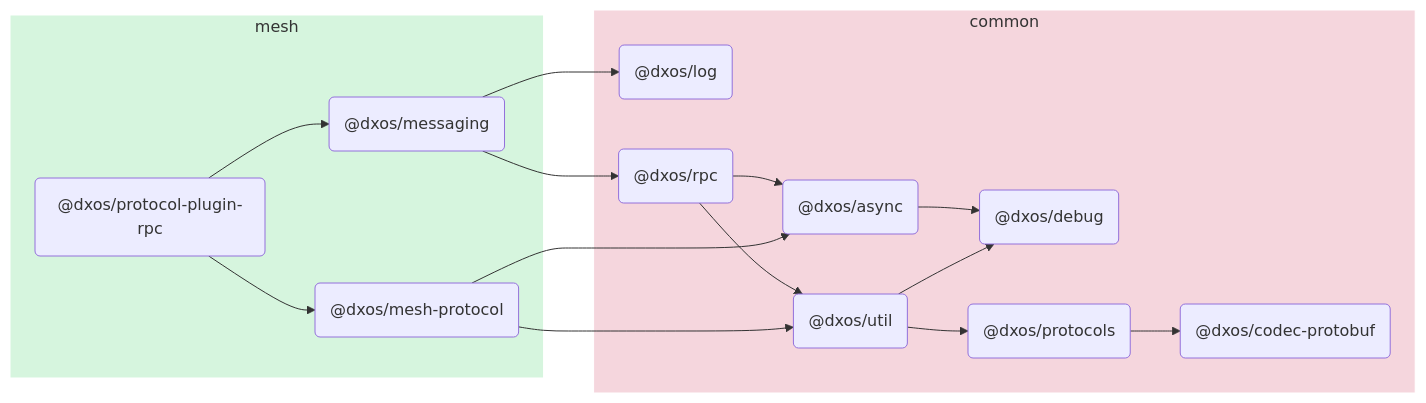
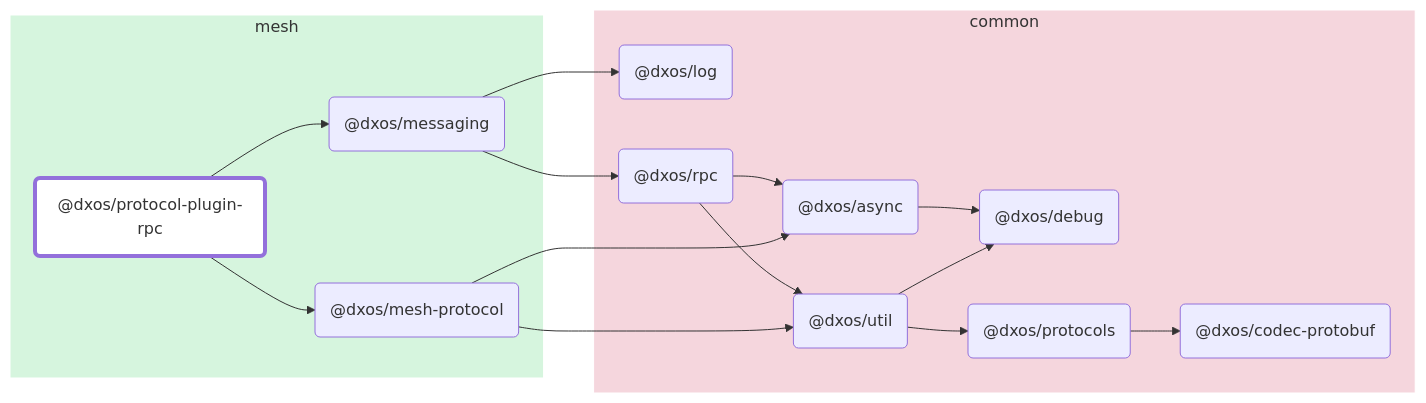
One commit to dxos/dxos changed the diagram in packages/mesh/protocol-plugin-rpc/docs/README.md. Above: the diagram before and after it, drawn with Mermaid. The commit also changed other lines of this file and 88 other files, not shown here.

````diff
--- a/packages/mesh/protocol-plugin-rpc/docs/README.md
+++ b/packages/mesh/protocol-plugin-rpc/docs/README.md
@@ -5,34 +7,46 @@
 ```mermaid
 flowchart LR;
+
+style dxos/protocol-plugin-rpc fill:#fff,stroke-width:4px;
+
+click dxos/async "https:/github.com/dxos/dxos/tree/main/packages/common/async/docs";
+click dxos/debug "https:/github.com/dxos/dxos/tree/main/packages/common/debug/docs";
+click dxos/messaging "https:/github.com/dxos/dxos/tree/main/packages/mesh/messaging/docs";
+click dxos/codec-protobuf "https:/github.com/dxos/dxos/tree/main/packages/common/codec-protobuf/docs";
+click dxos/log "https:/github.com/dxos/dxos/tree/main/packages/common/log/docs";
+click dxos/protocols "https:/github.com/dxos/dxos/tree/main/packages/common/protocols/docs";
+click dxos/rpc "https:/github.com/dxos/dxos/tree/main/packages/common/rpc/docs";
+click dxos/util "https:/github.com/dxos/dxos/tree/main/packages/common/util/docs";
+click dxos/mesh-protocol "https:/github.com/dxos/dxos/tree/main/packages/mesh/mesh-protocol/docs";
 
 subgraph mesh
   style mesh fill:#d6f5de,stroke:#fff;
   dxos/protocol-plugin-rpc("@dxos/protocol-plugin-rpc");
   dxos/messaging("@dxos/messaging");
   dxos/mesh-protocol("@dxos/mesh-protocol");
 end
 
 subgraph common
   style common fill:#f5d6dd,stroke:#fff;
   dxos/async("@dxos/async");
   dxos/debug("@dxos/debug");
   dxos/codec-protobuf("@dxos/codec-protobuf");
   dxos/log("@dxos/log");
   dxos/protocols("@dxos/protocols");
   dxos/rpc("@dxos/rpc");
   dxos/util("@dxos/util");
 end
 
 dxos/async --> dxos/debug;
 dxos/protocol-plugin-rpc --> dxos/messaging;
 dxos/messaging --> dxos/log;
 dxos/protocols --> dxos/codec-protobuf;
 dxos/messaging --> dxos/rpc;
 dxos/rpc --> dxos/async;
 dxos/rpc --> dxos/util;
 dxos/util --> dxos/debug;
 dxos/util --> dxos/protocols;
 dxos/protocol-plugin-rpc --> dxos/mesh-protocol;
 dxos/mesh-protocol --> dxos/async;
 dxos/mesh-protocol --> dxos/util;
 ```
````
